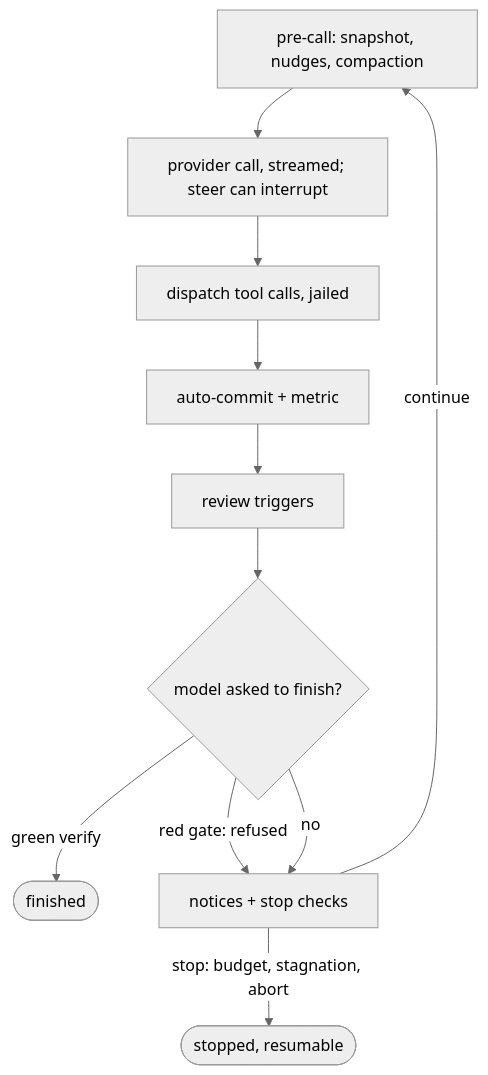
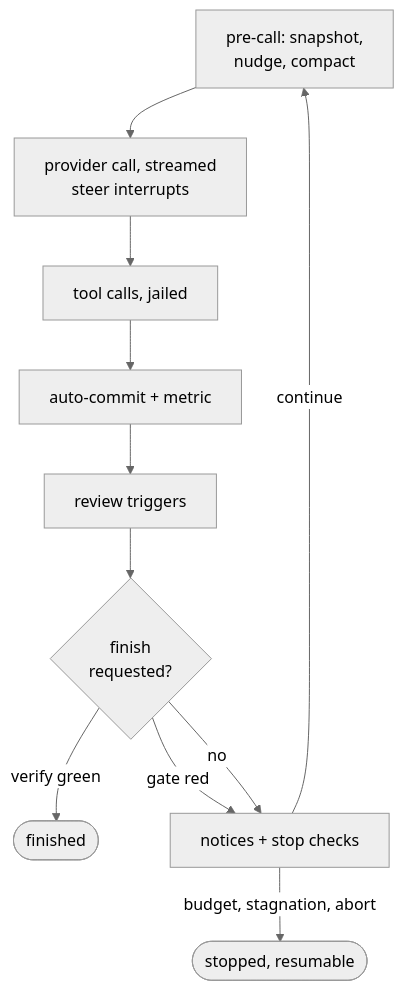
The diagram in docs/internals_template.md (agent6-dev/agent6), drawn with Mermaid (neutral theme) before and after one commit. The commit also changed 1 other file, not shown here.

Commit message:
docs(internals): centre the diagrams and break the flow chart's labels
Material renders each diagram into a closed shadow root, so page CSS
reaches the host box only: flex centres what the shadow tree draws inside
it. Explicit line breaks size the flow chart's nodes instead of leaving
the wrap to mermaid's own text measurement.

````diff
--- a/docs/internals_template.md
+++ b/docs/internals_template.md
@@ -23,13 +23,13 @@
 ```mermaid
 flowchart TD
-    pre["pre-call: snapshot, nudges, compaction"] --> model["provider call, streamed; steer can interrupt"]
-    model --> tools["dispatch tool calls, jailed"]
+    pre["pre-call: snapshot,<br/>nudge, compact"] --> model["provider call, streamed<br/>steer interrupts"]
+    model --> tools["tool calls, jailed"]
     tools --> commit["auto-commit + metric"]
     commit --> review["review triggers"]
-    review --> gates{"model asked to finish?"}
-    gates -->|green verify| done(["finished"])
-    gates -->|red gate: refused| notices["notices + stop checks"]
+    review --> gates{"finish<br/>requested?"}
+    gates -->|verify green| done(["finished"])
+    gates -->|gate red| notices["notices + stop checks"]
     gates -->|no| notices
-    notices -->|stop: budget, stagnation, abort| stopped(["stopped, resumable"])
+    notices -->|budget, stagnation, abort| stopped(["stopped, resumable"])
     notices -->|continue| pre
 ```
````
